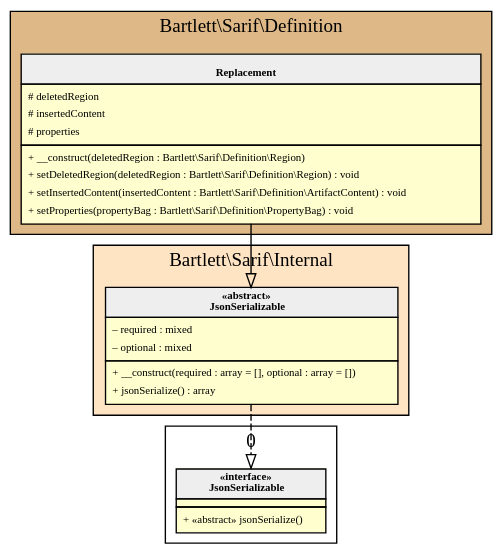
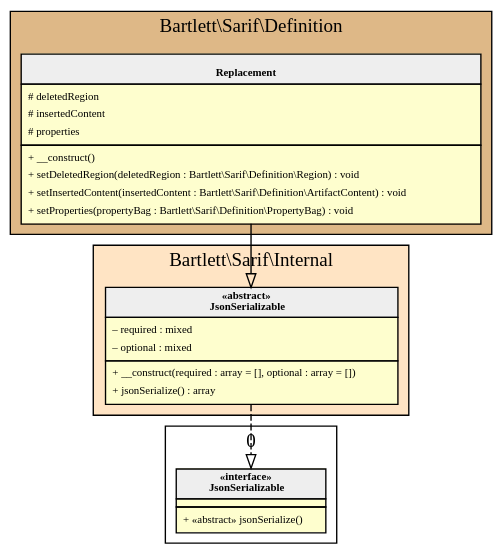
Before and after one commit to llaville/sarif-php-sdk: the diagram in 2.0/assets/images/reference-replacement.html.gv, drawn with Graphviz. The commit also changed 113 other files, not shown here.

```diff
--- a/2.0/assets/images/reference-replacement.html.gv
+++ b/2.0/assets/images/reference-replacement.html.gv
@@ -1,53 +1,53 @@
 digraph {
   graph [name="G" overlap="false" rankdir="TB" bgcolor="transparent"]
   node [fontname="Verdana" fontsize=8 shape="none" margin=0 fillcolor="#FEFECE" style="filled"]
   edge [fontname="Verdana" fontsize=8]
   subgraph cluster_0 {
     graph [bgcolor="BurlyWood"]
     label = "Bartlett\\Sarif\\Definition"
     "Bartlett\\Sarif\\Definition\\Replacement" [shape="none" label=<
 <table cellspacing="0" border="0" cellborder="1">
     <tr><td bgcolor="#eeeeee"><b><br/>Replacement</b></td></tr>
     <tr><td><table border="0" cellspacing="0" cellpadding="2">
     <tr><td align="left"># deletedRegion</td></tr>
     <tr><td align="left"># insertedContent</td></tr>
     <tr><td align="left"># properties</td></tr>
 </table></td></tr>
     <tr><td><table border="0" cellspacing="0" cellpadding="2">
-    <tr><td align="left">+ __construct(deletedRegion : Bartlett\\Sarif\\Definition\\Region)</td></tr>
+    <tr><td align="left">+ __construct()</td></tr>
     <tr><td align="left">+ setDeletedRegion(deletedRegion : Bartlett\\Sarif\\Definition\\Region) : void</td></tr>
     <tr><td align="left">+ setInsertedContent(insertedContent : Bartlett\\Sarif\\Definition\\ArtifactContent) : void</td></tr>
     <tr><td align="left">+ setProperties(propertyBag : Bartlett\\Sarif\\Definition\\PropertyBag) : void</td></tr>
 </table></td></tr>
 </table>>]
   }
   subgraph cluster_1 {
     graph [bgcolor="Bisque"]
     label = "Bartlett\\Sarif\\Internal"
     "Bartlett\\Sarif\\Internal\\JsonSerializable" [shape="none" label=<
 <table cellspacing="0" border="0" cellborder="1">
     <tr><td bgcolor="#eeeeee"><b>«abstract»<br/>JsonSerializable</b></td></tr>
     <tr><td><table border="0" cellspacing="0" cellpadding="2">
     <tr><td align="left">– required : mixed</td></tr>
     <tr><td align="left">– optional : mixed</td></tr>
 </table></td></tr>
     <tr><td><table border="0" cellspacing="0" cellpadding="2">
     <tr><td align="left">+ __construct(required : array = [], optional : array = [])</td></tr>
     <tr><td align="left">+ jsonSerialize() : array</td></tr>
 </table></td></tr>
 </table>>]
   }
   subgraph cluster_2 {
     label = 0
     "JsonSerializable" [shape="none" label=<
 <table cellspacing="0" border="0" cellborder="1">
     <tr><td bgcolor="#eeeeee"><b>«interface»<br/>JsonSerializable</b></td></tr>
     <tr><td></td></tr>
     <tr><td><table border="0" cellspacing="0" cellpadding="2">
     <tr><td align="left">+ «abstract» jsonSerialize()</td></tr>
 </table></td></tr>
 </table>>]
   }
   "Bartlett\\Sarif\\Internal\\JsonSerializable" -> "JsonSerializable" [arrowhead="empty" style="dashed"]
   "Bartlett\\Sarif\\Definition\\Replacement" -> "Bartlett\\Sarif\\Internal\\JsonSerializable" [arrowhead="empty" style="filled"]
 }
```
